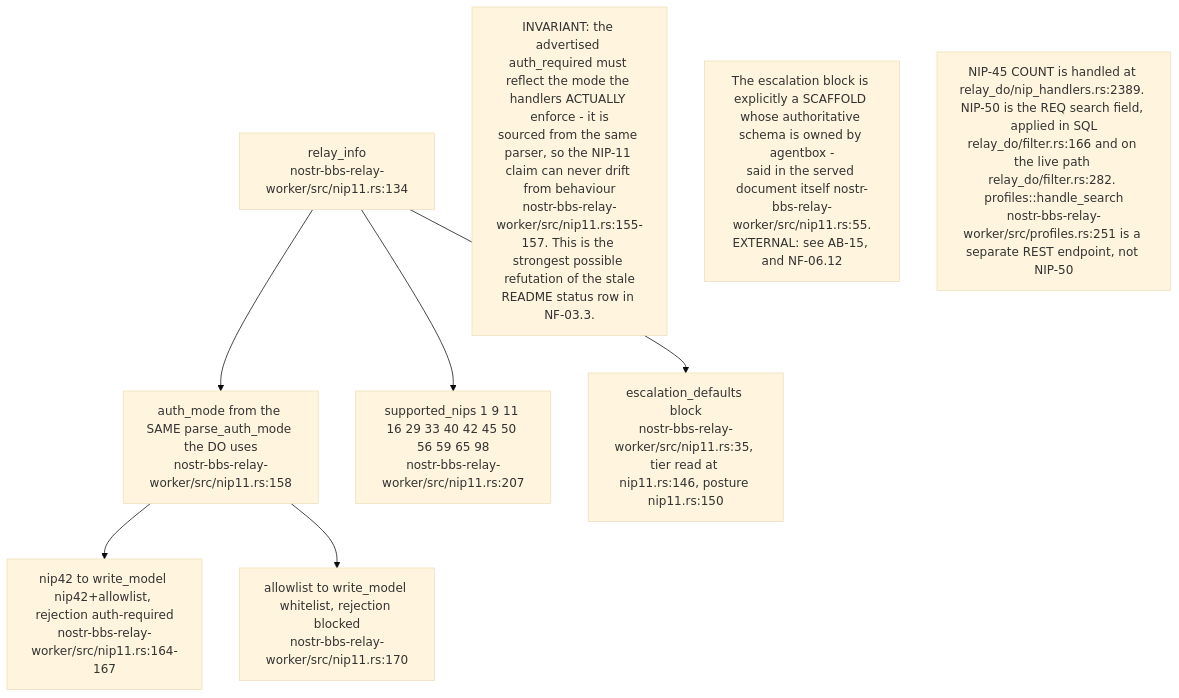
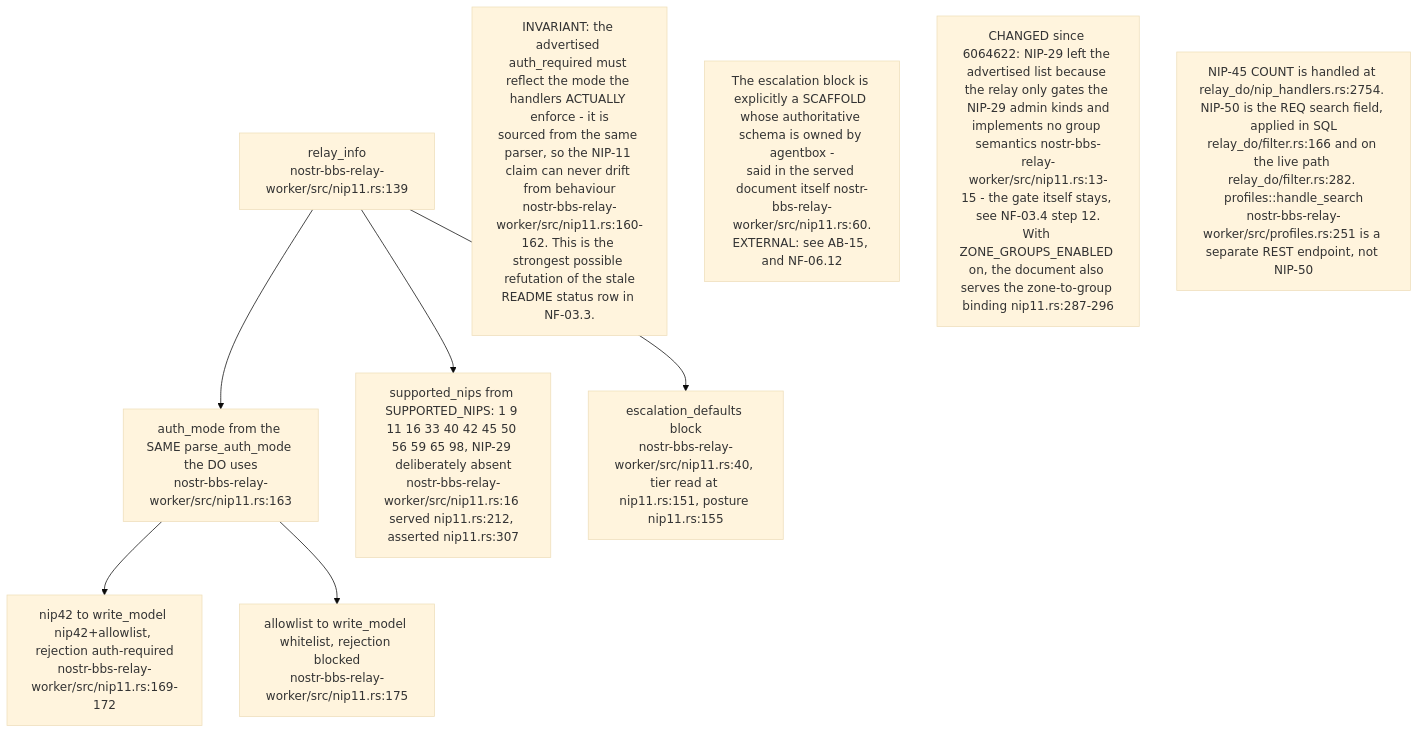
One commit to DreamLab-AI/VisionFlow changed diagram 13 of 18 in docs/diagrams/nostr-rust-forum/11-relay-durable-object-internals.md. Above: the diagram before and after it, drawn with Mermaid (base theme). The commit also changed other lines of this file, not shown here.

First line of the commit message:
docs(diagrams): re-verify NF-11 against nostr-rust-forum af4f0d5

````diff
--- a/docs/diagrams/nostr-rust-forum/11-relay-durable-object-internals.md
+++ b/docs/diagrams/nostr-rust-forum/11-relay-durable-object-internals.md
@@ -421,17 +433,18 @@
 ```mermaid
 flowchart TB
-    RI["relay_info<br/>nostr-bbs-relay-worker/src/nip11.rs:134"]
-    AM["auth_mode from the SAME parse_auth_mode the DO uses<br/>nostr-bbs-relay-worker/src/nip11.rs:158"]
-    LBL["nip42 to write_model nip42+allowlist, rejection auth-required<br/>nostr-bbs-relay-worker/src/nip11.rs:164-167"]
-    ALT["allowlist to write_model whitelist, rejection blocked<br/>nostr-bbs-relay-worker/src/nip11.rs:170"]
-    NIPS["supported_nips 1 9 11 16 29 33 40 42 45 50 56 59 65 98<br/>nostr-bbs-relay-worker/src/nip11.rs:207"]
-    ESC["escalation_defaults block<br/>nostr-bbs-relay-worker/src/nip11.rs:35, tier read at nip11.rs:146, posture nip11.rs:150"]
+    RI["relay_info<br/>nostr-bbs-relay-worker/src/nip11.rs:139"]
+    AM["auth_mode from the SAME parse_auth_mode the DO uses<br/>nostr-bbs-relay-worker/src/nip11.rs:163"]
+    LBL["nip42 to write_model nip42+allowlist, rejection auth-required<br/>nostr-bbs-relay-worker/src/nip11.rs:169-172"]
+    ALT["allowlist to write_model whitelist, rejection blocked<br/>nostr-bbs-relay-worker/src/nip11.rs:175"]
+    NIPS["supported_nips from SUPPORTED_NIPS: 1 9 11 16 33 40 42 45 50 56 59 65 98, NIP-29 deliberately absent<br/>nostr-bbs-relay-worker/src/nip11.rs:16 served nip11.rs:212, asserted nip11.rs:307"]
+    ESC["escalation_defaults block<br/>nostr-bbs-relay-worker/src/nip11.rs:40, tier read at nip11.rs:151, posture nip11.rs:155"]
 
     RI --> AM --> LBL
     AM --> ALT
     RI --> NIPS & ESC
 
-    N1["INVARIANT: the advertised auth_required must reflect the mode the handlers ACTUALLY enforce - it is<br/>sourced from the same parser, so the NIP-11 claim can never drift from behaviour<br/>nostr-bbs-relay-worker/src/nip11.rs:155-157. This is the strongest possible refutation of the stale<br/>README status row in NF-03.3."]
-    N2["The escalation block is explicitly a SCAFFOLD whose authoritative schema is owned by agentbox -<br/>said in the served document itself nostr-bbs-relay-worker/src/nip11.rs:55.<br/>EXTERNAL: see AB-15, and NF-06.12"]
-    N3["NIP-45 COUNT is handled at relay_do/nip_handlers.rs:2389. NIP-50 is the REQ search field, applied in SQL<br/>relay_do/filter.rs:166 and on the live path relay_do/filter.rs:282. profiles::handle_search<br/>nostr-bbs-relay-worker/src/profiles.rs:251 is a separate REST endpoint, not NIP-50"]
+    N1["INVARIANT: the advertised auth_required must reflect the mode the handlers ACTUALLY enforce - it is<br/>sourced from the same parser, so the NIP-11 claim can never drift from behaviour<br/>nostr-bbs-relay-worker/src/nip11.rs:160-162. This is the strongest possible refutation of the stale<br/>README status row in NF-03.3."]
+    N2["The escalation block is explicitly a SCAFFOLD whose authoritative schema is owned by agentbox -<br/>said in the served document itself nostr-bbs-relay-worker/src/nip11.rs:60.<br/>EXTERNAL: see AB-15, and NF-06.12"]
+    N5["CHANGED since 6064622: NIP-29 left the advertised list because the relay only gates the NIP-29 admin kinds and<br/>implements no group semantics nostr-bbs-relay-worker/src/nip11.rs:13-15 - the gate itself stays, see NF-03.4 step 12.<br/>With ZONE_GROUPS_ENABLED on, the document also serves the zone-to-group binding nip11.rs:287-296"]
+    N3["NIP-45 COUNT is handled at relay_do/nip_handlers.rs:2754. NIP-50 is the REQ search field, applied in SQL<br/>relay_do/filter.rs:166 and on the live path relay_do/filter.rs:282. profiles::handle_search<br/>nostr-bbs-relay-worker/src/profiles.rs:251 is a separate REST endpoint, not NIP-50"]
 ```
````
